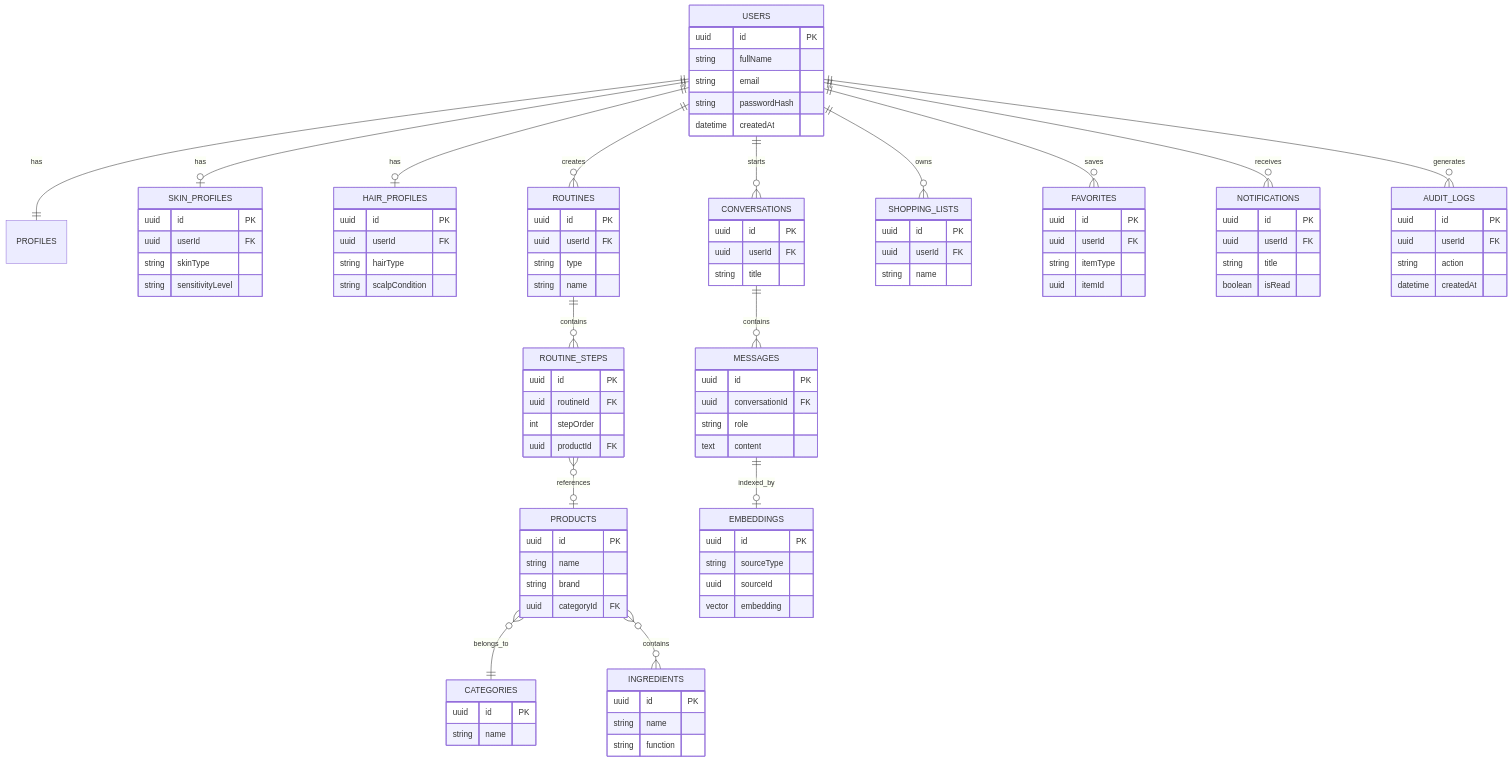
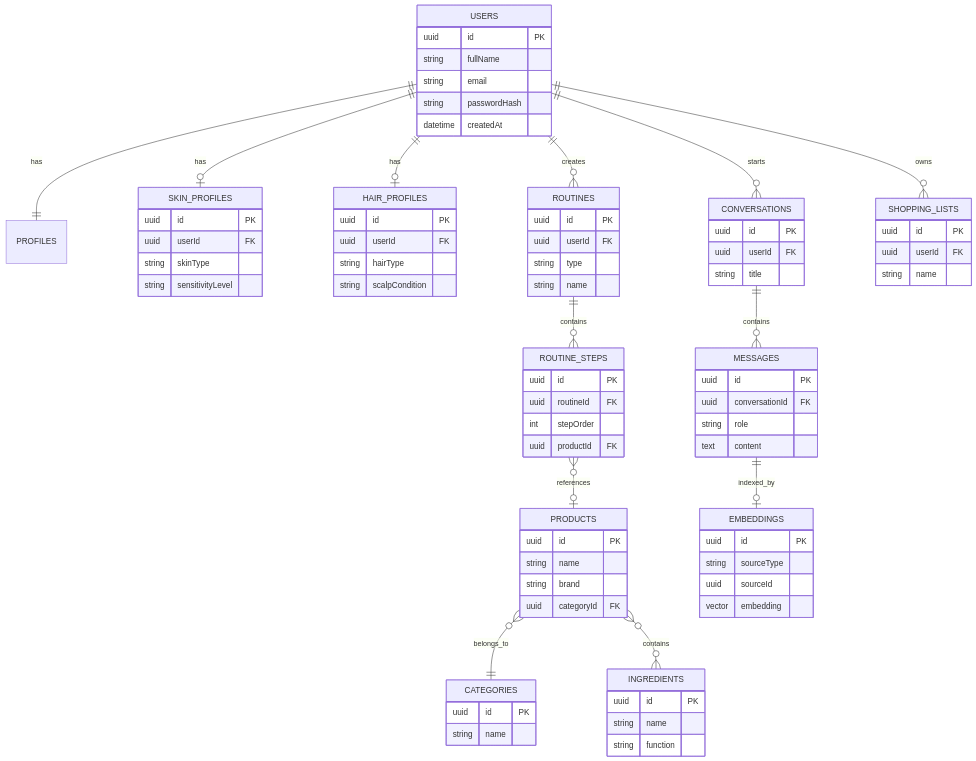
One commit to fikrifatimezzahra20-blip/BeautyGPT changed the fifth of 10 diagrams in README.md. Above: the diagram before and after it, drawn with Mermaid. The commit also changed other lines of this file, not shown here.

Commit message:
Refine AI agent functionality by removing references to favorites and enhancing shopping list management in the README

````diff
--- a/README.md
+++ b/README.md
@@ -693,9 +665,6 @@
     USERS ||--o{ ROUTINES : creates
     USERS ||--o{ CONVERSATIONS : starts
     USERS ||--o{ SHOPPING_LISTS : owns
-    USERS ||--o{ FAVORITES : saves
-    USERS ||--o{ NOTIFICATIONS : receives
-    USERS ||--o{ AUDIT_LOGS : generates
 
     ROUTINES ||--o{ ROUTINE_STEPS : contains
     ROUTINE_STEPS }o--o| PRODUCTS : references
@@ -773,22 +742,4 @@
         uuid userId FK
         string name
     }
-    FAVORITES {
-        uuid id PK
-        uuid userId FK
-        string itemType
-        uuid itemId
-    }
-    NOTIFICATIONS {
-        uuid id PK
-        uuid userId FK
-        string title
-        boolean isRead
-    }
-    AUDIT_LOGS {
-        uuid id PK
-        uuid userId FK
-        string action
-        datetime createdAt
-    }
 ```
````
